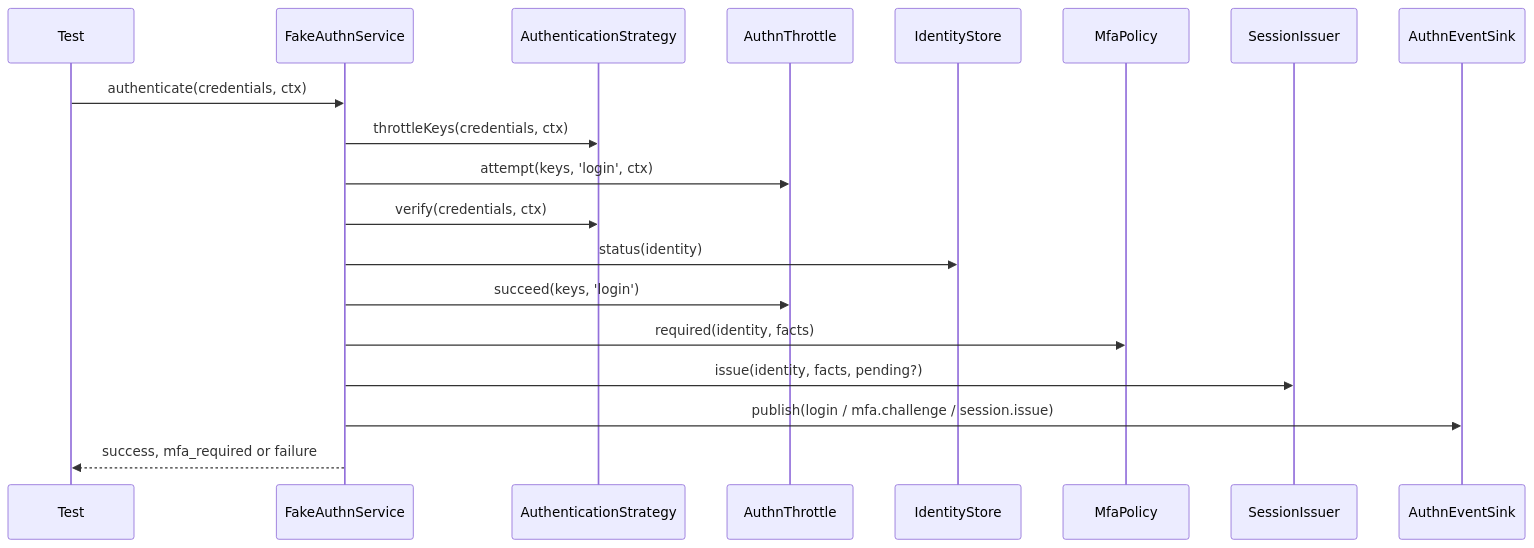
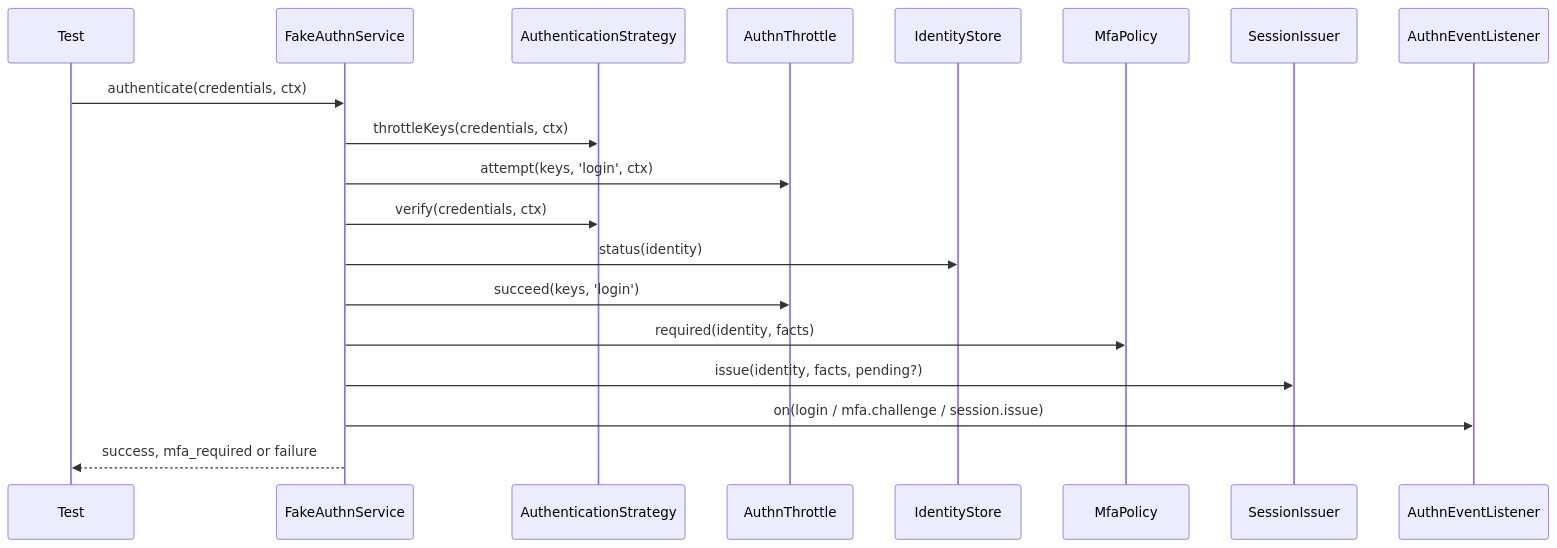
Before and after one commit to spinajs/main: the diagram in docs/authn-testing/02-fake-authn-service.md, drawn with Mermaid. The commit also changed 37 other files, not shown here.

Commit message:
feat(authn)!: AuthnEventSink is removed

````diff
--- a/docs/authn-testing/02-fake-authn-service.md
+++ b/docs/authn-testing/02-fake-authn-service.md
@@ -32,21 +32,21 @@
 ```mermaid
 sequenceDiagram
   participant T as Test
   participant S as FakeAuthnService
   participant St as AuthenticationStrategy
   participant Th as AuthnThrottle
   participant I as IdentityStore
   participant P as MfaPolicy
   participant Se as SessionIssuer
-  participant E as AuthnEventSink
+  participant E as AuthnEventListener
   T->>S: authenticate(credentials, ctx)
   S->>St: throttleKeys(credentials, ctx)
   S->>Th: attempt(keys, 'login', ctx)
   S->>St: verify(credentials, ctx)
   S->>I: status(identity)
   S->>Th: succeed(keys, 'login')
   S->>P: required(identity, facts)
   S->>Se: issue(identity, facts, pending?)
-  S->>E: publish(login / mfa.challenge / session.issue)
+  S->>E: on(login / mfa.challenge / session.issue)
   S-->>T: success, mfa_required or failure
 ```
````
